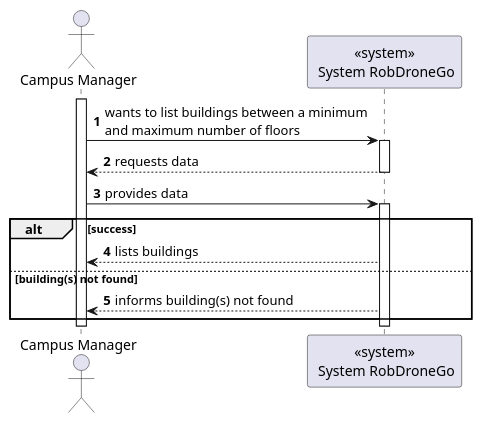
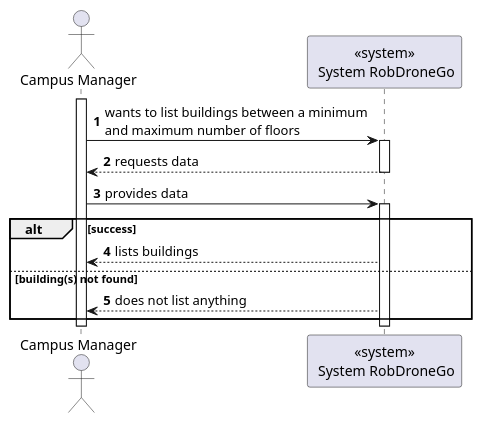
One commit to Departamento-de-Engenharia-Informatica/lapr5-23-24-g19 changed the diagram in docs/us1080/level1/process-view.puml. Above: the diagram before and after it, drawn with PlantUML. The commit also changed 4 other files, not shown here.

```diff
--- a/docs/us1080/level1/process-view.puml
+++ b/docs/us1080/level1/process-view.puml
@@ -1,24 +1,24 @@
 @startuml
 autonumber
 
 actor "Campus Manager" as usr
 
 participant "<<system>>\n System RobDroneGo" as sys
 
 activate usr
     usr -> sys : wants to list buildings between a minimum\nand maximum number of floors
     activate sys
         sys --> usr : requests data
     deactivate sys
 
     usr -> sys : provides data
     activate sys
     alt success
         sys --> usr : lists buildings
     else building(s) not found
-        sys --> usr : informs building(s) not found
+        sys --> usr : does not list anything
     end
     deactivate sys
 deactivate usr
 
 @enduml
```
